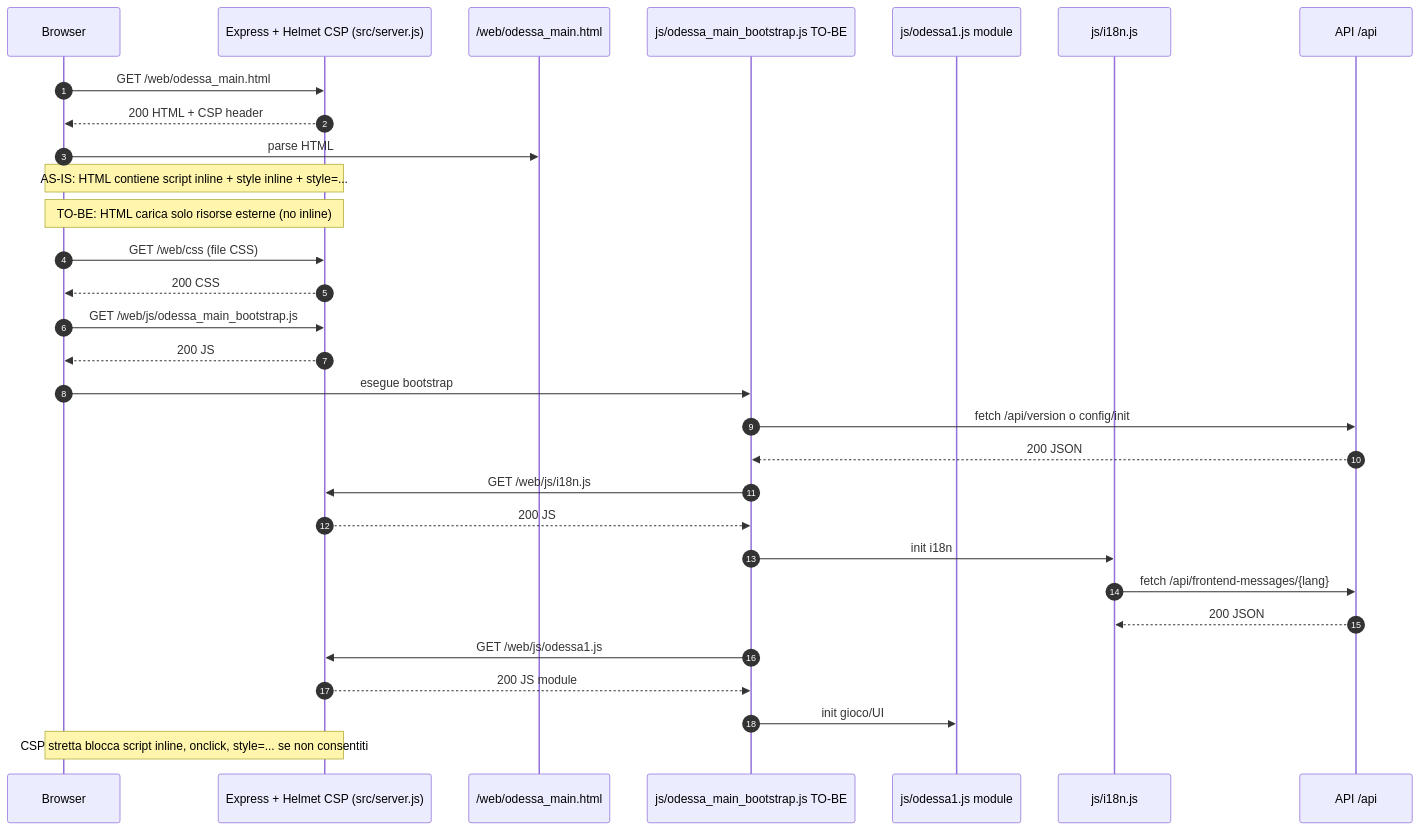
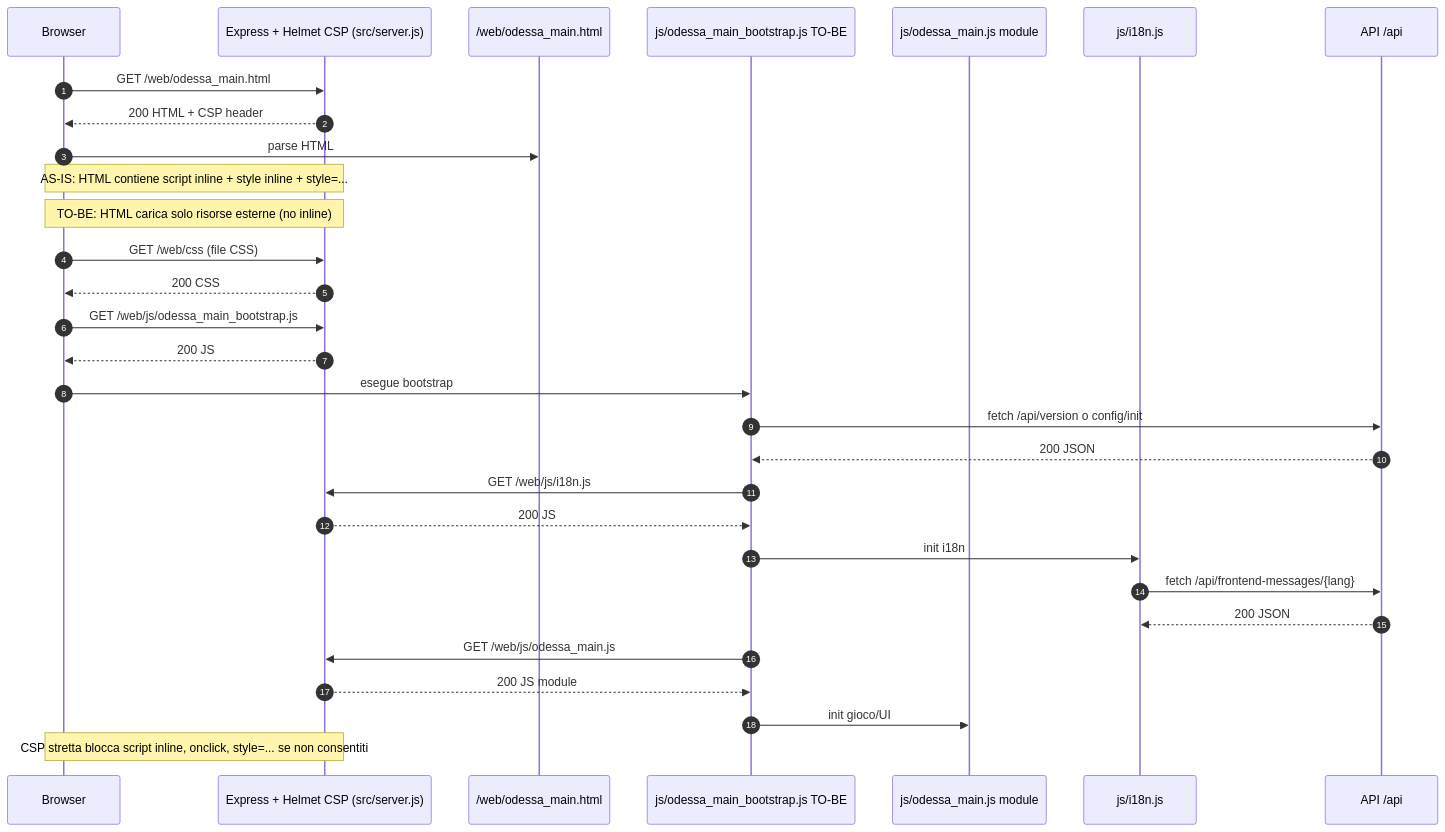
One commit to Aqualung61/MissioneOdessa changed the third of 3 diagrams in docs/20260109_CSP_review_01.md. Above: the diagram before and after it, drawn with Mermaid. The commit also changed other lines of this file and 18 other files, not shown here.

````diff
--- a/docs/20260109_CSP_review_01.md
+++ b/docs/20260109_CSP_review_01.md
@@ -146,37 +141,37 @@
 ```mermaid
 sequenceDiagram
   autonumber
   participant U as Browser
   participant S as Express + Helmet CSP (src/server.js)
   participant H as /web/odessa_main.html
   participant B as js/odessa_main_bootstrap.js TO-BE
-  participant G as js/odessa1.js module
+  participant G as js/odessa_main.js module
   participant I as js/i18n.js
   participant API as API /api
 
   U->>S: GET /web/odessa_main.html
   S-->>U: 200 HTML + CSP header
   U->>H: parse HTML
 
   Note over U,S: AS-IS: HTML contiene script inline + style inline + style=...
   Note over U,S: TO-BE: HTML carica solo risorse esterne (no inline)
 
   U->>S: GET /web/css (file CSS)
   S-->>U: 200 CSS
 
   U->>S: GET /web/js/odessa_main_bootstrap.js
   S-->>U: 200 JS
   U->>B: esegue bootstrap
   B->>API: fetch /api/version o config/init
   API-->>B: 200 JSON
   B->>S: GET /web/js/i18n.js
   S-->>B: 200 JS
   B->>I: init i18n
   I->>API: fetch /api/frontend-messages/{lang}
   API-->>I: 200 JSON
-  B->>S: GET /web/js/odessa1.js
+  B->>S: GET /web/js/odessa_main.js
   S-->>B: 200 JS module
   B->>G: init gioco/UI
 
   Note over U,S: CSP stretta blocca script inline, onclick, style=... se non consentiti
 ```
````
